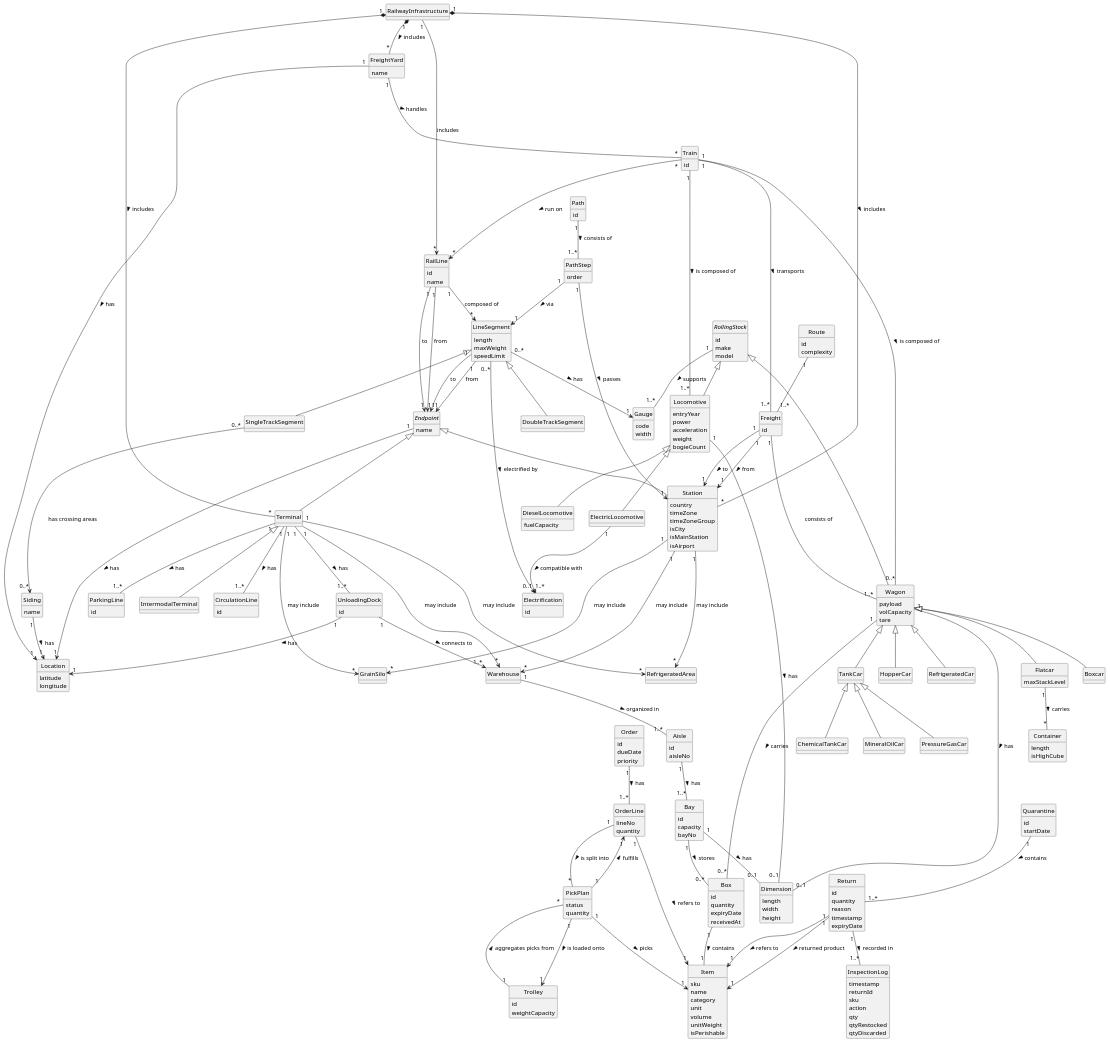
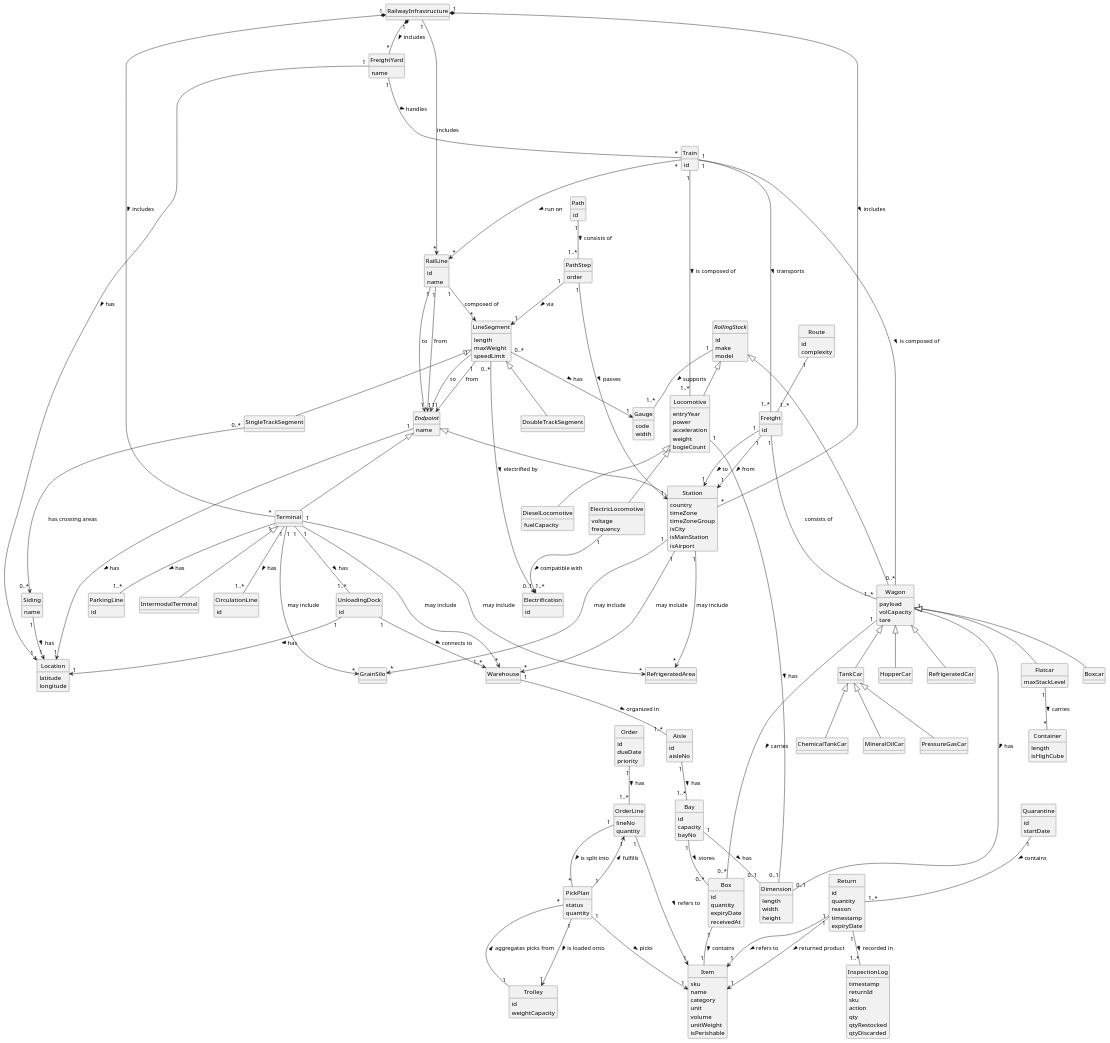
The diagram in docs/system-documentation/global-artifacts/analysis/DM/puml/DM.puml (bruno-monteiro5/sem3-pi-25.26-g164-repository), drawn with PlantUML before and after one commit.

Commit message:
USLP05(docs)- Domain Model updated with new strategies[#106]

```diff
--- a/docs/system-documentation/global-artifacts/analysis/DM/puml/DM.puml
+++ b/docs/system-documentation/global-artifacts/analysis/DM/puml/DM.puml
@@ -93,6 +93,8 @@
 }
 
 class ElectricLocomotive extends Locomotive {
+    voltage
+    frequency
 }
 
 class Wagon extends RollingStock {
```
